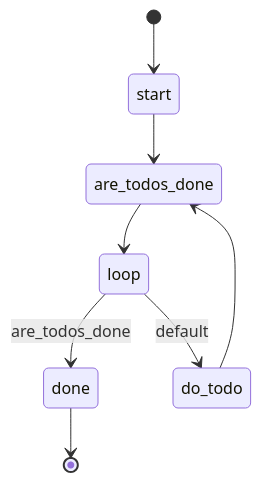
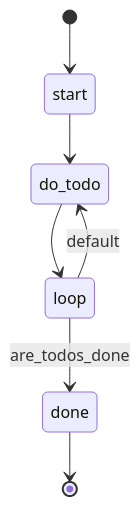
One commit to swissarmyhammer/swissarmyhammer changed the diagram in builtin/workflows/do.md. Above: the diagram before and after it, drawn with Mermaid. The commit also changed other lines of this file and 9 other files, not shown here.

````diff
--- a/builtin/workflows/do.md
+++ b/builtin/workflows/do.md
@@ -11,10 +11,9 @@
 ```mermaid
 stateDiagram-v2
     [*] --> start
-    start --> are_todos_done
-    are_todos_done --> loop
+    start --> do_todo
+    do_todo --> loop
     loop --> done: are_todos_done
     loop --> do_todo: default
-    do_todo --> are_todos_done
     done --> [*]
 ```
````
